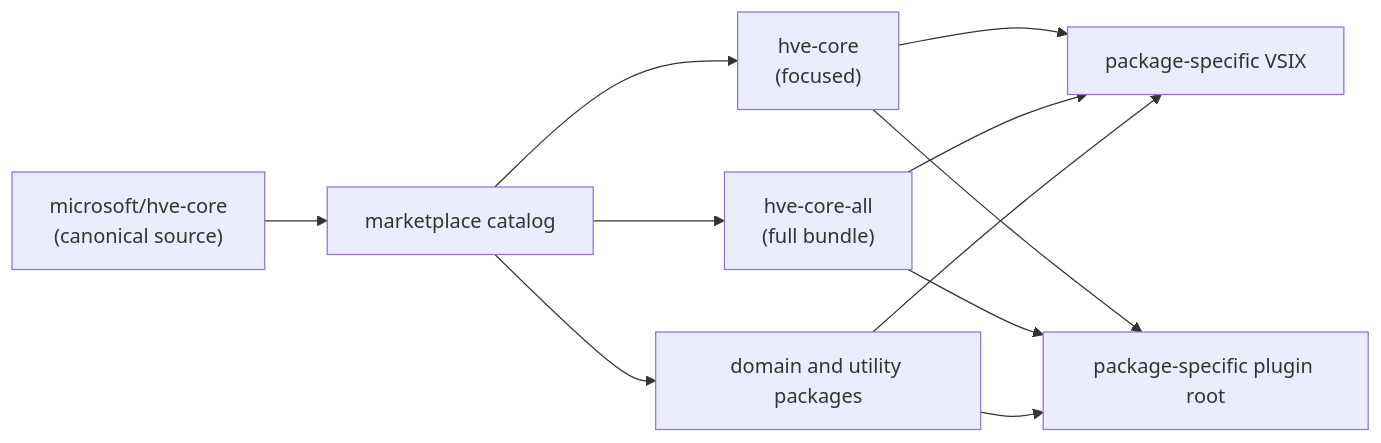
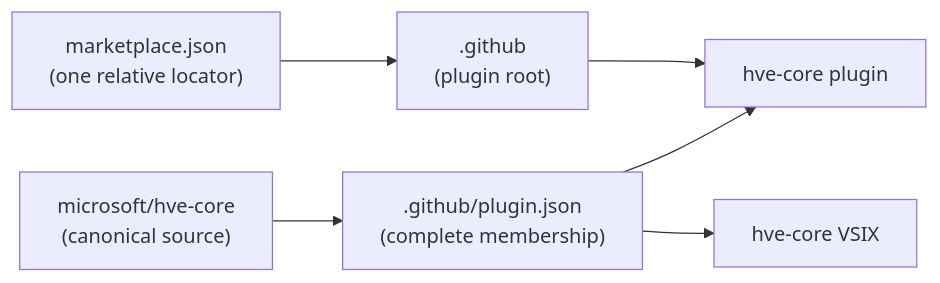
Before and after one commit to microsoft/hve-core: the diagram in docs/getting-started/install.md, drawn with Mermaid. The commit also changed other lines of this file and 124 other files, not shown here.

````diff
--- a/docs/getting-started/install.md
+++ b/docs/getting-started/install.md
@@ -65,13 +53,8 @@
 ```mermaid
 graph LR
-   REPO["microsoft/hve-core<br/>(canonical source)"] --> CATALOG["marketplace catalog"]
-   CATALOG --> FOCUSED["hve-core<br/>(focused)"]
-   CATALOG --> FULL["hve-core-all<br/>(full bundle)"]
-   CATALOG --> DOMAIN["domain and utility packages"]
-   FOCUSED --> EXT["package-specific VSIX"]
-   FOCUSED --> PLUGIN["package-specific plugin root"]
-   FULL --> EXT
-   FULL --> PLUGIN
-   DOMAIN --> EXT
-   DOMAIN --> PLUGIN
+   REPO["microsoft/hve-core<br/>(canonical source)"] --> MANIFEST[".github/plugin.json<br/>(complete membership)"]
+   CATALOG["marketplace.json<br/>(one relative locator)"] --> ROOT[".github<br/>(plugin root)"]
+   MANIFEST --> PLUGIN["hve-core plugin"]
+   MANIFEST --> EXT["hve-core VSIX"]
+   ROOT --> PLUGIN
 ```
````
